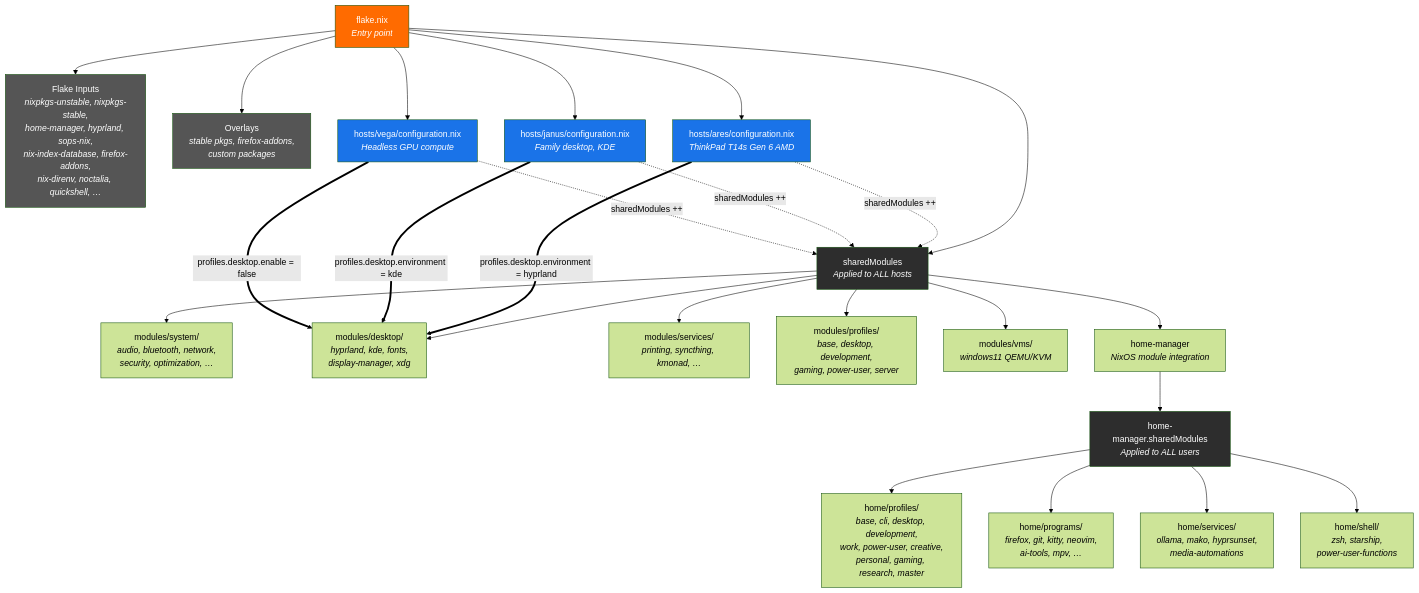
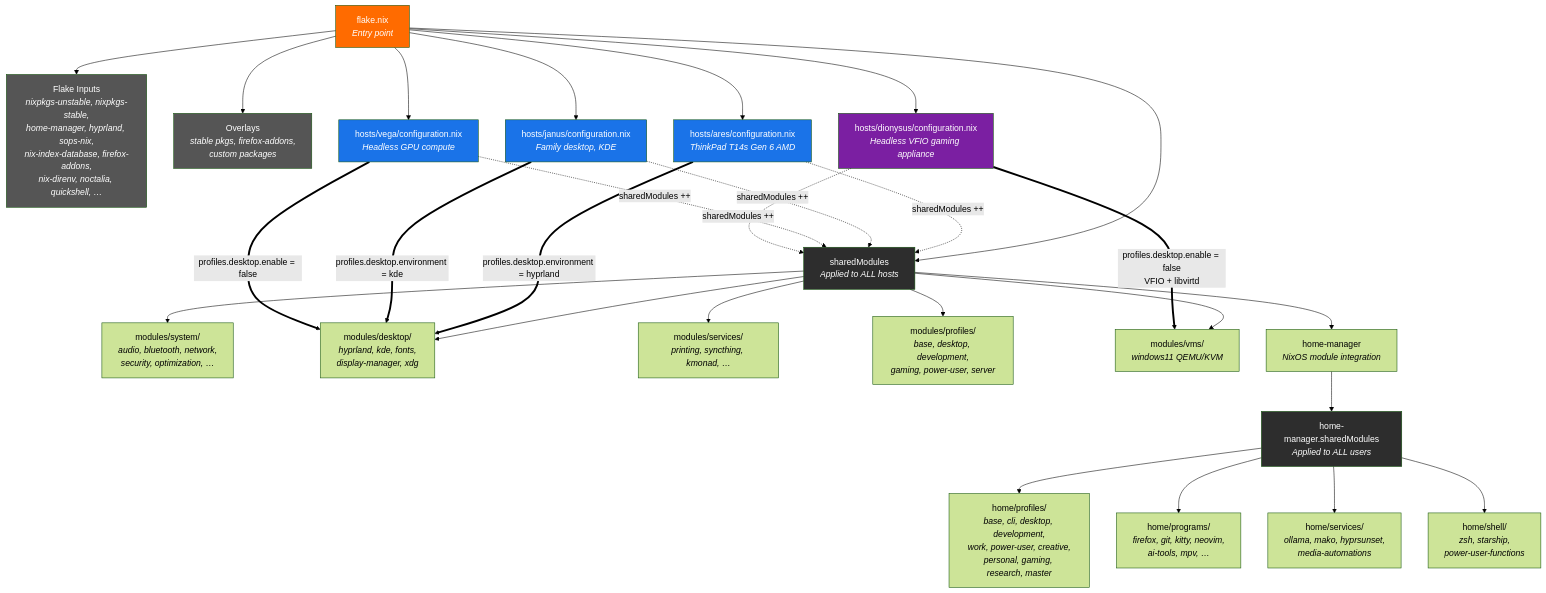
The diagram in docs/Architecture Overview.md (jpolog/nix-os), drawn with Mermaid (forest theme) before and after one commit. The commit also changed other lines of this file and 16 other files, not shown here.

First line of the commit message:
chore: update system packages, profiles, and flake inputs

````diff
--- a/docs/Architecture Overview.md
+++ b/docs/Architecture Overview.md
@@ -13,62 +13,67 @@
 ```mermaid
 graph TD
     FLAKE["flake.nix<br/><i>Entry point</i>"]
     INPUTS["Flake Inputs<br/><i>nixpkgs-unstable, nixpkgs-stable,<br/>home-manager, hyprland, sops-nix,<br/>nix-index-database, firefox-addons,<br/>nix-direnv, noctalia, quickshell, …</i>"]
     OVERLAYS["Overlays<br/><i>stable pkgs, firefox-addons,<br/>custom packages</i>"]
 
     SHARED["sharedModules<br/><i>Applied to ALL hosts</i>"]
     SYS_MOD["modules/system/<br/><i>audio, bluetooth, network,<br/>security, optimization, …</i>"]
     DESK_MOD["modules/desktop/<br/><i>hyprland, kde, fonts,<br/>display-manager, xdg</i>"]
     SVC_MOD["modules/services/<br/><i>printing, syncthing, kmonad, …</i>"]
     PROF_MOD["modules/profiles/<br/><i>base, desktop, development,<br/>gaming, power-user, server</i>"]
     VM_MOD["modules/vms/<br/><i>windows11 QEMU/KVM</i>"]
 
     HM_MOD["home-manager<br/><i>NixOS module integration</i>"]
     HM_SHARED["home-manager.sharedModules<br/><i>Applied to ALL users</i>"]
     H_PROF["home/profiles/<br/><i>base, cli, desktop, development,<br/>work, power-user, creative,<br/>personal, gaming, research, master</i>"]
     H_PROG["home/programs/<br/><i>firefox, git, kitty, neovim,<br/>ai-tools, mpv, …</i>"]
     H_SVC["home/services/<br/><i>ollama, mako, hyprsunset,<br/>media-automations</i>"]
     H_SHELL["home/shell/<br/><i>zsh, starship,<br/>power-user-functions</i>"]
 
     ARES["hosts/ares/configuration.nix<br/><i>ThinkPad T14s Gen 6 AMD</i>"]
     JANUS["hosts/janus/configuration.nix<br/><i>Family desktop, KDE</i>"]
     VEGA["hosts/vega/configuration.nix<br/><i>Headless GPU compute</i>"]
+    DION["hosts/dionysus/configuration.nix<br/><i>Headless VFIO gaming appliance</i>"]
 
     FLAKE --> INPUTS
     FLAKE --> OVERLAYS
     FLAKE --> SHARED
 
     SHARED --> SYS_MOD
     SHARED --> DESK_MOD
     SHARED --> SVC_MOD
     SHARED --> PROF_MOD
     SHARED --> VM_MOD
     SHARED --> HM_MOD
 
     HM_MOD --> HM_SHARED
     HM_SHARED --> H_PROF
     HM_SHARED --> H_PROG
     HM_SHARED --> H_SVC
     HM_SHARED --> H_SHELL
 
     FLAKE --> ARES
     FLAKE --> JANUS
     FLAKE --> VEGA
+    FLAKE --> DION
 
     ARES -.->|"sharedModules ++"| SHARED
     JANUS -.->|"sharedModules ++"| SHARED
     VEGA -.->|"sharedModules ++"| SHARED
+    DION -.->|"sharedModules ++"| SHARED
 
     ARES ==>|"profiles.desktop.environment = hyprland"| DESK_MOD
     JANUS ==>|"profiles.desktop.environment = kde"| DESK_MOD
     VEGA ==>|"profiles.desktop.enable = false"| DESK_MOD
+    DION ==>|"profiles.desktop.enable = false<br/>VFIO + libvirtd"| VM_MOD
 
     style FLAKE fill:#ff6b00,color:#fff
     style SHARED fill:#2d2d2d,color:#fff
     style HM_SHARED fill:#2d2d2d,color:#fff
     style ARES fill:#1a73e8,color:#fff
     style JANUS fill:#1a73e8,color:#fff
     style VEGA fill:#1a73e8,color:#fff
+    style DION fill:#7b1fa2,color:#fff
     style INPUTS fill:#555,color:#fff
     style OVERLAYS fill:#555,color:#fff
 ```
````
